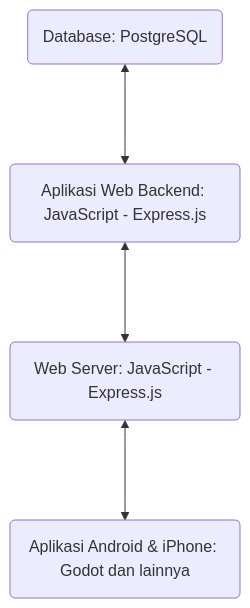
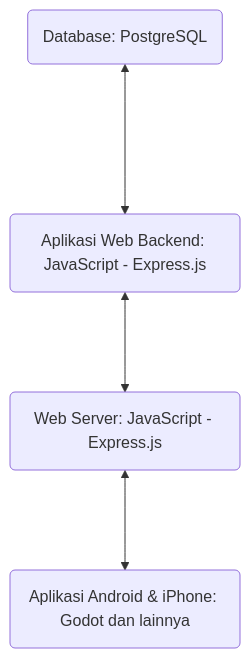
One commit to Kichies/UTS-pengenalan-informatika changed the second of 2 diagrams in jawab-interview.md. Above: the diagram before and after it, drawn with Mermaid.

Commit message:
Jawab-interview.md

````diff
--- a/jawab-interview.md
+++ b/jawab-interview.md
@@ -52,4 +52,4 @@
 ```mermaid
 flowchart TD
-    id1(Database: PostgreSQL) <--->  id2(Aplikasi Web Backend: JavaScript - Express.js) <--->  id3(Web Server: JavaScript - Express.js) <--->  id4(Aplikasi Android & iPhone: Godot dan lainnya)
+    id1(Database: PostgreSQL) <---->  id2(Aplikasi Web Backend: JavaScript - Express.js) <--->  id3(Web Server: JavaScript - Express.js) <--->  id4(Aplikasi Android & iPhone: Godot dan lainnya)
 ```    
````
